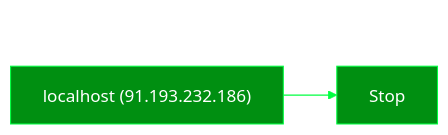
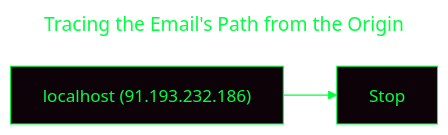
One commit to ponsinfosec/phishing-analysis changed the diagram in README.md. Above: the diagram before and after it, drawn with Mermaid.

Commit message:
README.md

````diff
--- a/README.md
+++ b/README.md
@@ -14,17 +14,17 @@
 ```mermaid
 ---
 title: Tracing the Email's Path from the Origin
 ---
 %%{init: {
   "theme": "base",
   "themeVariables": {
-    "primaryColor": "#008f11",
-    "primaryTextColor": "#fff",
+    "primaryColor": "#0D0208",
+    "primaryTextColor": "#00ff41",
     "primaryBorderColor": "#00FF41",
     "lineColor": "#00FF41",
     "secondaryColor": "#006100"
   }
 }}%%
 flowchart LR
   A["localhost (91.193.232.186)"] --> B[Stop]
 ```
````
